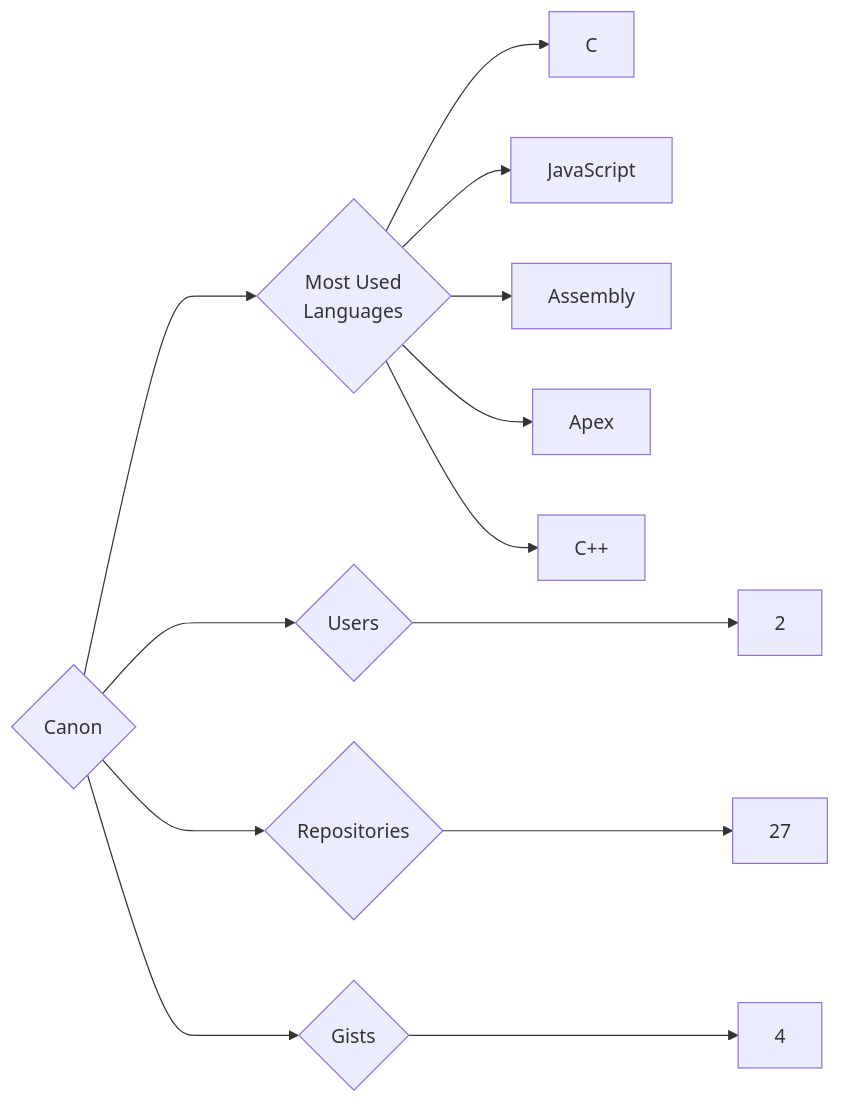
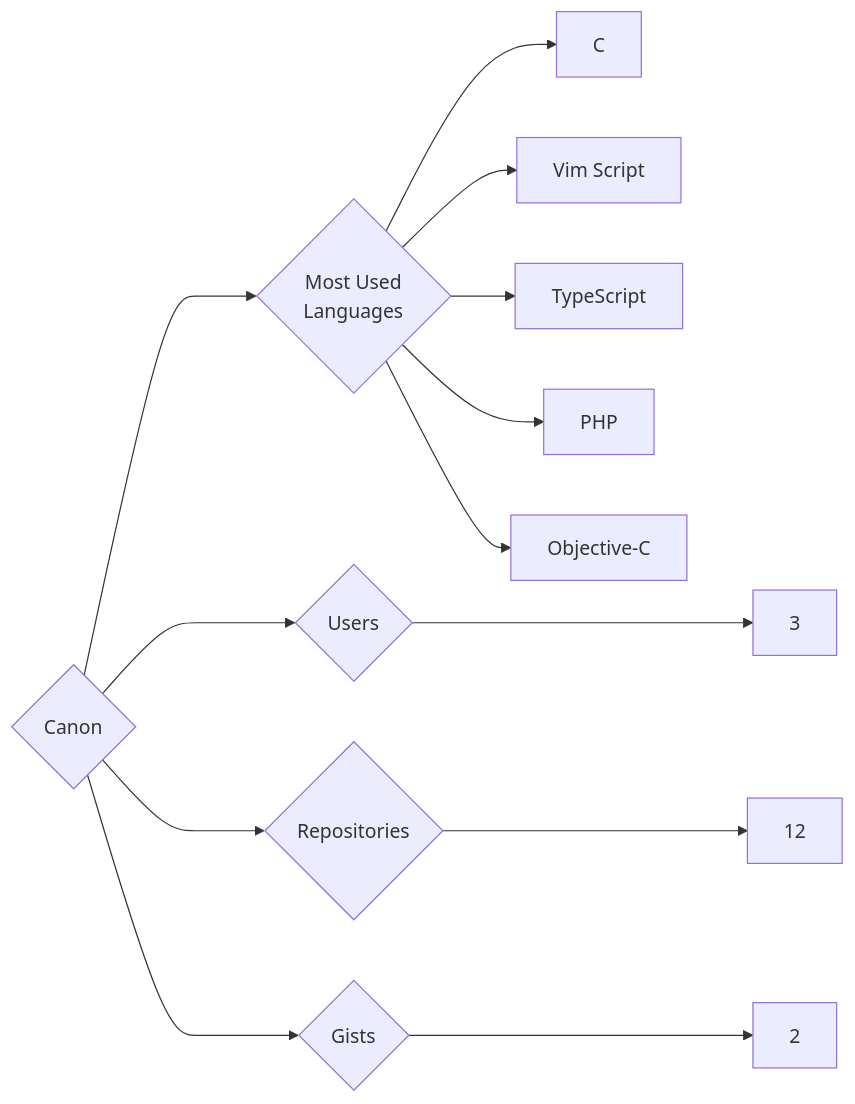
The diagram in targets/Canon/README.md (trickest/insiders), drawn with Mermaid before and after one commit. The commit also changed 1003 other files, not shown here.

````diff
--- a/targets/Canon/README.md
+++ b/targets/Canon/README.md
@@ -3,13 +3,13 @@
 ```mermaid
 graph LR
 COMPANY_NAME{Canon}
-COMPANY_NAME ---> U{Users} ---> UN[2]
-COMPANY_NAME ---> R{Repositories} ---> RN[27]
-COMPANY_NAME ---> G{Gists} ---> GN[4]
+COMPANY_NAME ---> U{Users} ---> UN[3]
+COMPANY_NAME ---> R{Repositories} ---> RN[12]
+COMPANY_NAME ---> G{Gists} ---> GN[2]
 COMPANY_NAME ---> ML{Most Used<br>Languages}
 ML --> C[C]
-ML --> JavaScript[JavaScript]
-ML --> Assembly[Assembly]
-ML --> Apex[Apex]
-ML --> C++[C++]
+ML --> Vim_Script[Vim Script]
+ML --> TypeScript[TypeScript]
+ML --> PHP[PHP]
+ML --> Objective-C[Objective-C]
 ```
````
